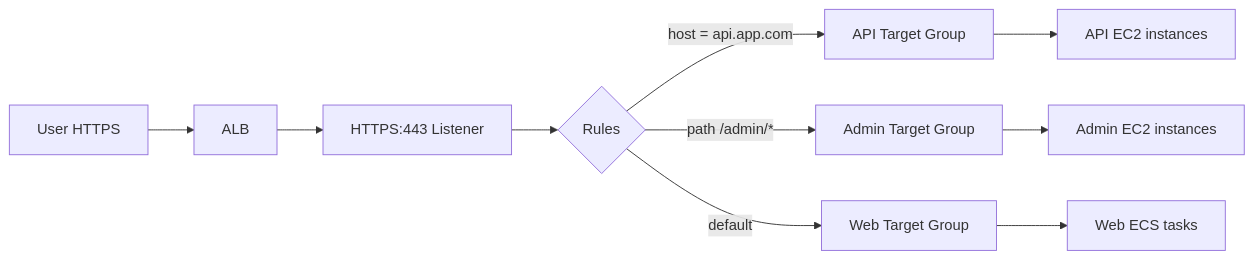
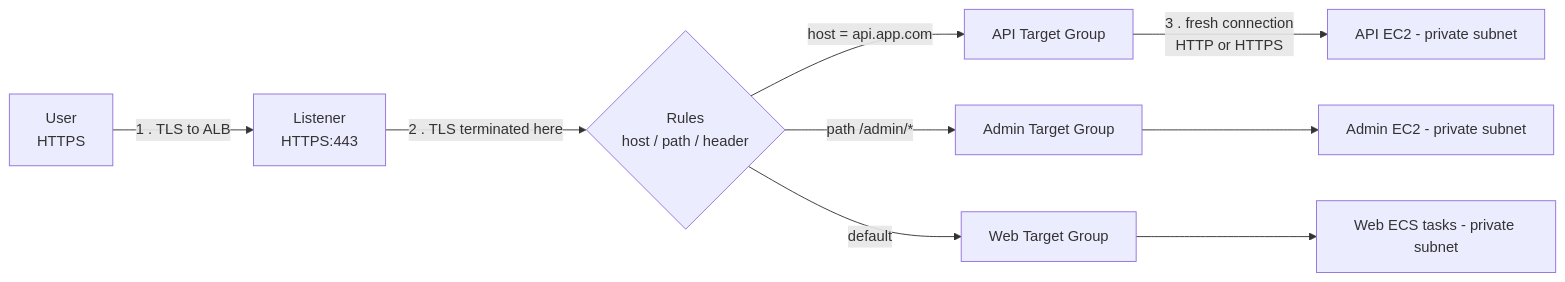
Before and after one commit to vijayclarion/architecturestudy: the third of 6 diagrams in AWS-SAP-C02-Study-Notes/03-Compute-Storage/04-elb-types.md, drawn with Mermaid. The commit also changed other lines of this file and 119 other files, not shown here.

````diff
--- a/AWS-SAP-C02-Study-Notes/03-Compute-Storage/04-elb-types.md
+++ b/AWS-SAP-C02-Study-Notes/03-Compute-Storage/04-elb-types.md
@@ -59,14 +103,13 @@
 ```mermaid
 flowchart LR
-    USER[User HTTPS] --> ALB
-    ALB --> LISTENER[HTTPS:443 Listener]
-    LISTENER --> RULES{Rules}
-    
+    USER[User<br/>HTTPS] -->|1 . TLS to ALB| LISTENER[Listener<br/>HTTPS:443]
+    LISTENER -->|2 . TLS terminated here| RULES{Rules<br/>host / path / header}
+
     RULES -->|host = api.app.com| TG_API[API Target Group]
     RULES -->|path /admin/*| TG_ADMIN[Admin Target Group]
     RULES -->|default| TG_WEB[Web Target Group]
-    
-    TG_API --> EC2A[API EC2 instances]
-    TG_ADMIN --> EC2B[Admin EC2 instances]
-    TG_WEB --> ECSC[Web ECS tasks]
+
+    TG_API -->|3 . fresh connection<br/>HTTP or HTTPS| EC2A[API EC2 - private subnet]
+    TG_ADMIN --> EC2B[Admin EC2 - private subnet]
+    TG_WEB --> ECSC[Web ECS tasks - private subnet]
 ```
````
